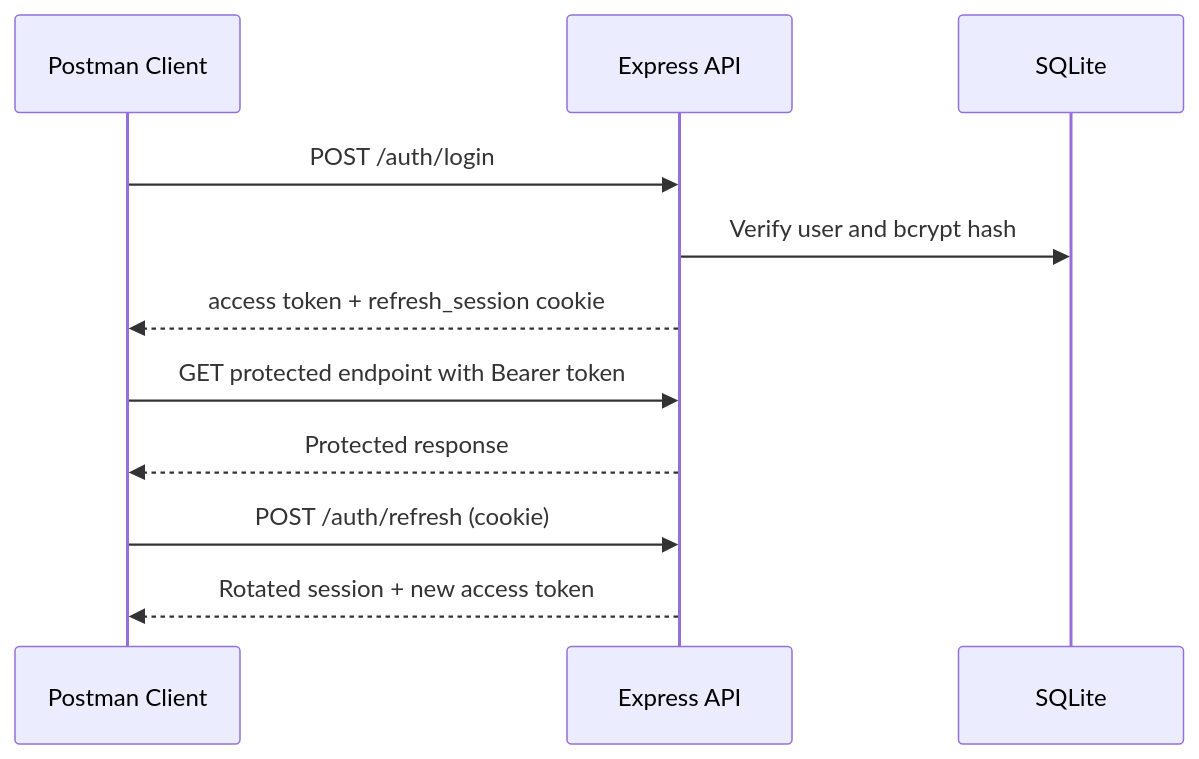
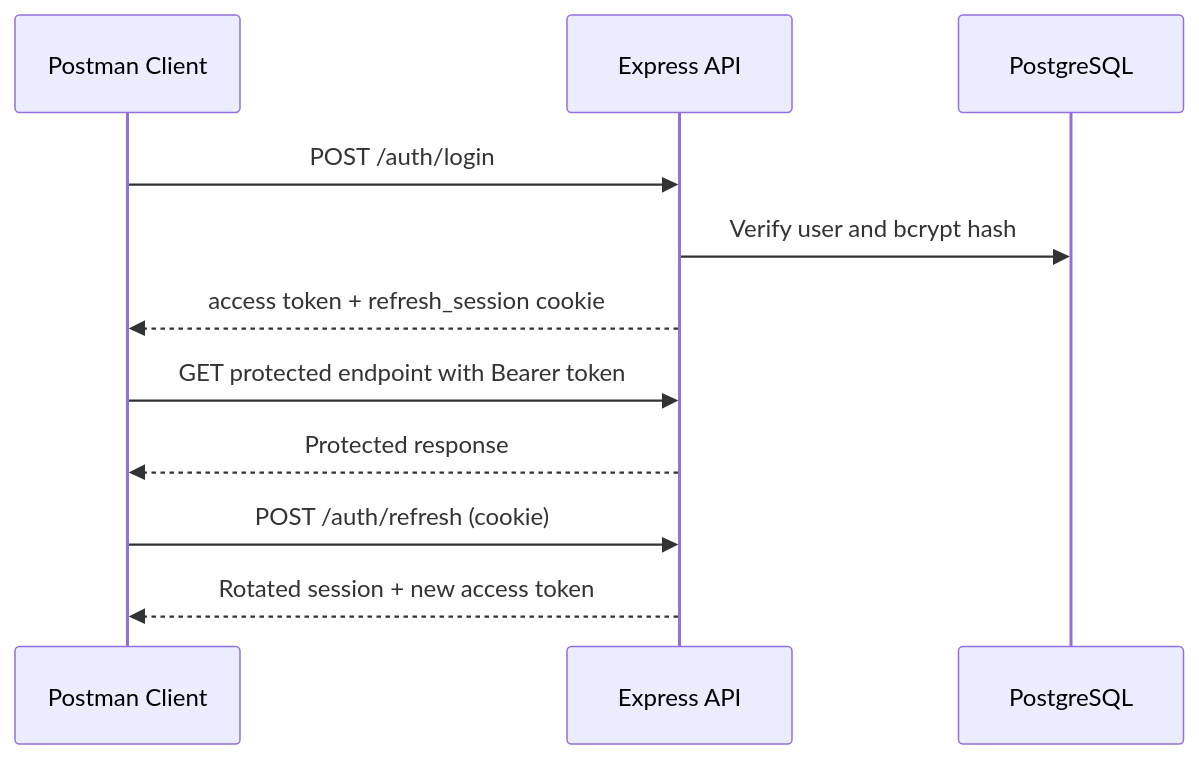
One commit to Chinthasaiganesh/Vaishnavi-Silk-Emporium changed the diagram in docs/api-coverage.md. Above: the diagram before and after it, drawn with Mermaid. The commit also changed 39 other files, not shown here.

````diff
--- a/docs/api-coverage.md
+++ b/docs/api-coverage.md
@@ -25,13 +25,13 @@
 ```mermaid
 sequenceDiagram
   participant QA as Postman Client
   participant API as Express API
-  participant DB as SQLite
+  participant DB as PostgreSQL
   QA->>API: POST /auth/login
   API->>DB: Verify user and bcrypt hash
   API-->>QA: access token + refresh_session cookie
   QA->>API: GET protected endpoint with Bearer token
   API-->>QA: Protected response
   QA->>API: POST /auth/refresh (cookie)
   API-->>QA: Rotated session + new access token
 ```
````
